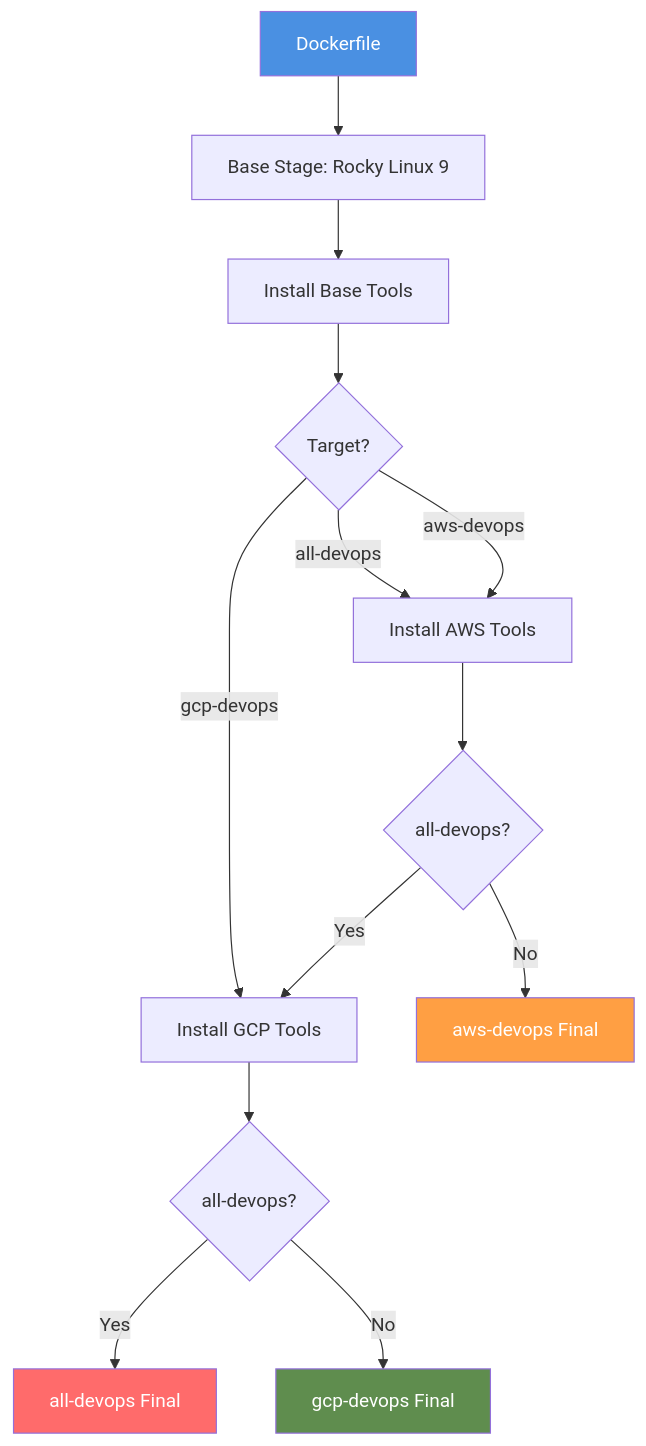
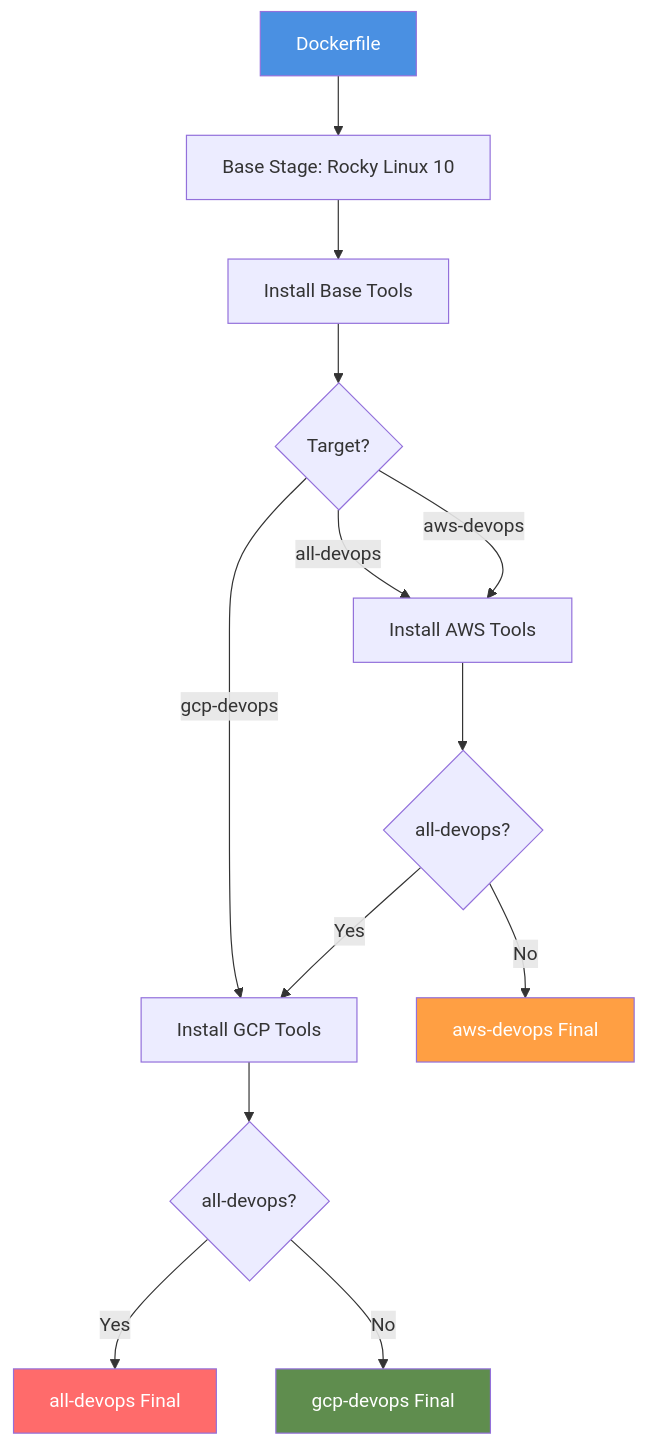
Before and after one commit to jinalshah/devops-images: the third of 3 diagrams in docs/architecture/index.md, drawn with Mermaid. The commit also changed other lines of this file and 15 other files, not shown here.

First line of the commit message:
Upgrade base image to Rocky Linux 10

````diff
--- a/docs/architecture/index.md
+++ b/docs/architecture/index.md
@@ -196,23 +196,23 @@
 ```mermaid
 graph TD
-    START[Dockerfile] --> BASE_BUILD[Base Stage: Rocky Linux 9]
+    START[Dockerfile] --> BASE_BUILD[Base Stage: Rocky Linux 10]
     BASE_BUILD --> TOOLS[Install Base Tools]
     TOOLS --> BRANCH{Target?}
 
     BRANCH -->|all-devops| AWS_TOOLS[Install AWS Tools]
     BRANCH -->|aws-devops| AWS_TOOLS
     BRANCH -->|gcp-devops| GCP_TOOLS[Install GCP Tools]
 
     AWS_TOOLS --> GCP_TOOLS_ALL{all-devops?}
     GCP_TOOLS_ALL -->|Yes| GCP_TOOLS
     GCP_TOOLS_ALL -->|No| FINAL_AWS[aws-devops Final]
 
     GCP_TOOLS --> FINAL_CHECK{all-devops?}
     FINAL_CHECK -->|Yes| FINAL_ALL[all-devops Final]
     FINAL_CHECK -->|No| FINAL_GCP[gcp-devops Final]
 
     style START fill:#4A90E2,color:#fff
     style FINAL_ALL fill:#FF6B6B,color:#fff
     style FINAL_AWS fill:#FF9F43,color:#fff
     style FINAL_GCP fill:#5F8D4E,color:#fff
 ```
````
